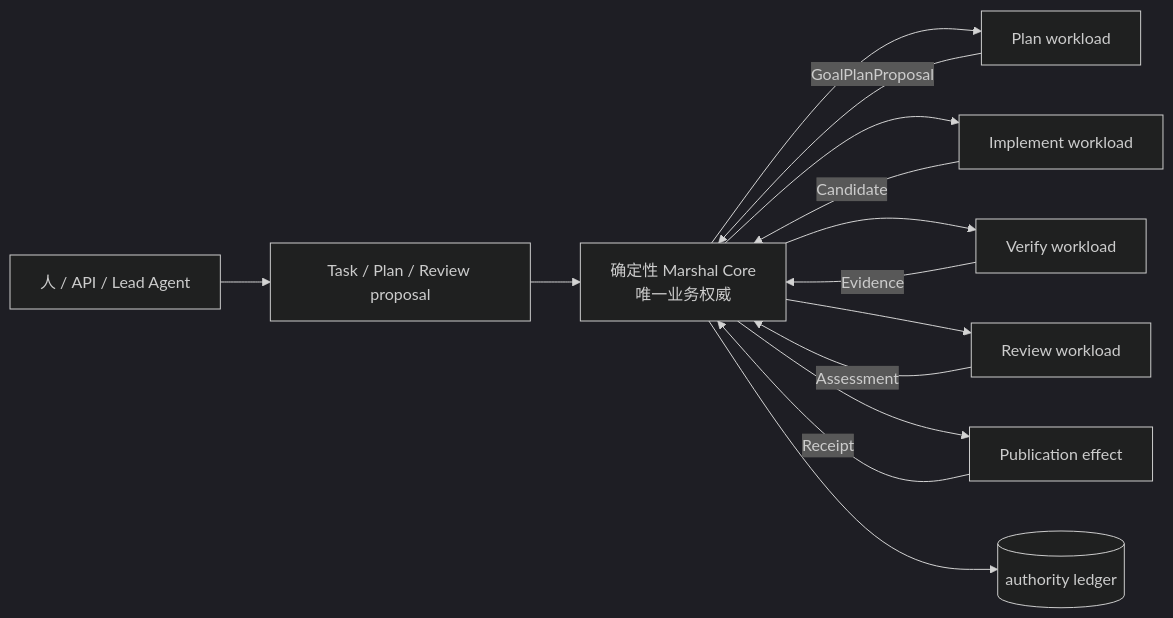
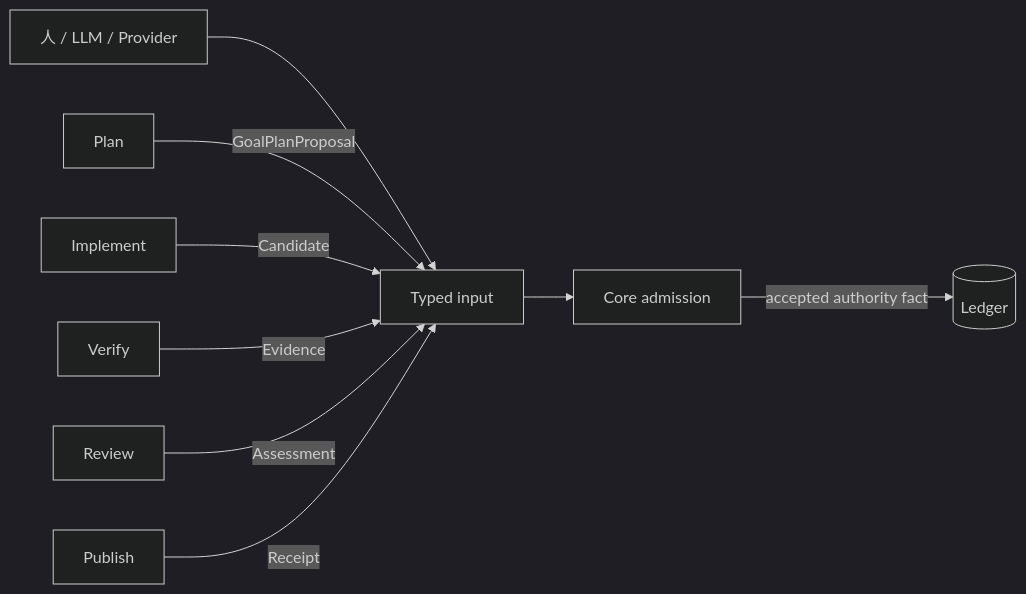
One commit to chiga0/marshal-harness changed the second of 3 diagrams in docs/architecture.md. Above: the diagram before and after it, drawn with Mermaid (dark theme). The commit also changed other lines of this file and 12 other files, not shown here.

````diff
--- a/docs/architecture.md
+++ b/docs/architecture.md
@@ -36,16 +108,12 @@
 ```mermaid
 flowchart LR
-    Client["人 / API / Lead Agent"] --> Proposal["Task / Plan / Review proposal"]
-    Proposal --> Core["确定性 Marshal Core\n唯一业务权威"]
-    Core --> Plan["Plan workload"]
-    Core --> Impl["Implement workload"]
-    Core --> Verify["Verify workload"]
-    Core --> Review["Review workload"]
-    Core --> Publish["Publication effect"]
-    Plan -->|"GoalPlanProposal"| Core
-    Impl -->|"Candidate"| Core
-    Verify -->|"Evidence"| Core
-    Review -->|"Assessment"| Core
-    Publish -->|"Receipt"| Core
-    Core --> Ledger[("authority ledger")]
+    Source["人 / LLM / Provider"] --> Typed["Typed input"]
+    Typed --> Core["Core admission"]
+    Core -->|"accepted authority fact"| Ledger[("Ledger")]
+
+    Plan["Plan"] -->|"GoalPlanProposal"| Typed
+    Impl["Implement"] -->|"Candidate"| Typed
+    Verify["Verify"] -->|"Evidence"| Typed
+    Review["Review"] -->|"Assessment"| Typed
+    Publish["Publish"] -->|"Receipt"| Typed
 ```
````
